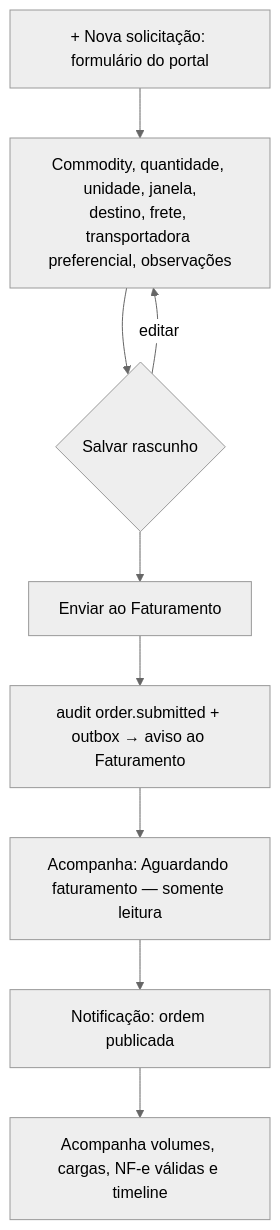
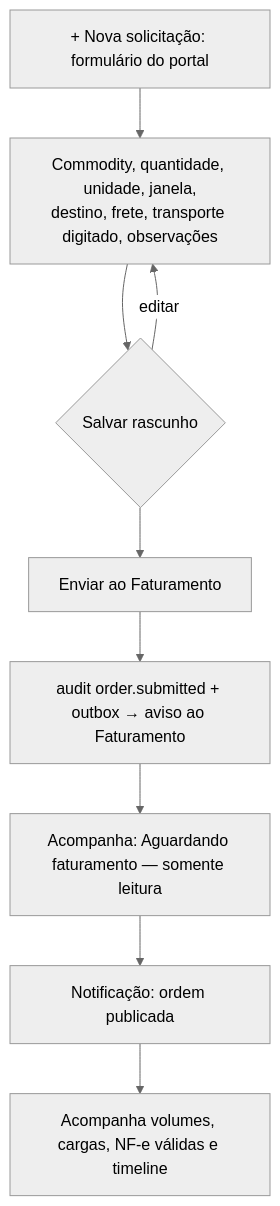
One commit to antoniocavali/Ordens_2.0 changed the second of 6 diagrams in docs/flows.md. Above: the diagram before and after it, drawn with Mermaid (neutral theme). The commit also changed other lines of this file and 20 other files, not shown here.

First line of the commit message:
feat(ordens): transporte digitado na ordem, preenchido pelo Comprador

````diff
--- a/docs/flows.md
+++ b/docs/flows.md
@@ -19,11 +19,11 @@
 ```mermaid
 flowchart TD
-  A[+ Nova solicitação: formulário do portal] --> B[Commodity, quantidade, unidade, janela,<br/>destino, frete, transportadora preferencial, observações]
+  A[+ Nova solicitação: formulário do portal] --> B[Commodity, quantidade, unidade, janela,<br/>destino, frete, transporte digitado, observações]
   B --> C{Salvar rascunho}
   C -->|editar| B
   C --> D[Enviar ao Faturamento]
   D --> E[audit order.submitted + outbox → aviso ao Faturamento]
   E --> F[Acompanha: Aguardando faturamento — somente leitura]
   F --> G[Notificação: ordem publicada]
   G --> H[Acompanha volumes, cargas, NF-e válidas e timeline]
 ```
````
